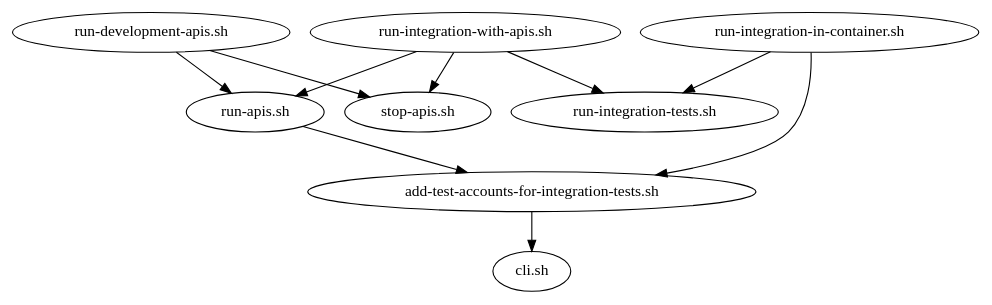
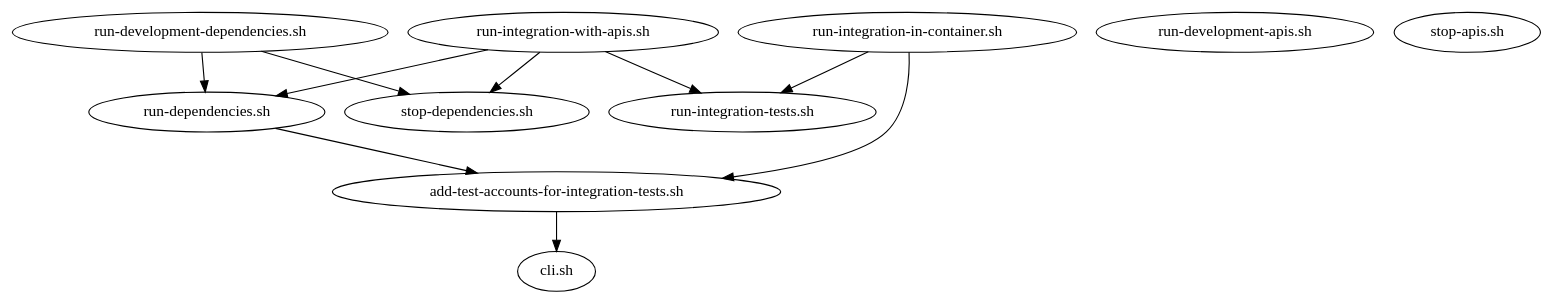
The diagram in webapps/app/scripts/dependencies.dot (vimc/montagu-system), drawn with Graphviz before and after one commit. The commit also changed 133 other files, not shown here.

```diff
--- a/webapps/app/scripts/dependencies.dot
+++ b/webapps/app/scripts/dependencies.dot
@@ -1,20 +1,20 @@
 digraph {
     "add-test-accounts-for-integration-tests.sh";
     "cli.sh";
-    "run-apis.sh";
+    "run-dependencies.sh";
     "run-development-apis.sh";
     "run-integration-tests.sh";
     "run-integration-in-container.sh";
     "run-integration-with-apis.sh";
     "stop-apis.sh";
 
     "add-test-accounts-for-integration-tests.sh" -> "cli.sh";
-    "run-apis.sh" -> "add-test-accounts-for-integration-tests.sh";
-    "run-development-apis.sh" -> "run-apis.sh";
-    "run-development-apis.sh" -> "stop-apis.sh";
+    "run-dependencies.sh" -> "add-test-accounts-for-integration-tests.sh";
+    "run-development-dependencies.sh" -> "run-dependencies.sh";
+    "run-development-dependencies.sh" -> "stop-dependencies.sh";
     "run-integration-in-container.sh" -> "add-test-accounts-for-integration-tests.sh";
     "run-integration-in-container.sh" -> "run-integration-tests.sh";
-    "run-integration-with-apis.sh" -> "run-apis.sh";
-    "run-integration-with-apis.sh" -> "stop-apis.sh";
+    "run-integration-with-apis.sh" -> "run-dependencies.sh";
+    "run-integration-with-apis.sh" -> "stop-dependencies.sh";
     "run-integration-with-apis.sh" -> "run-integration-tests.sh";
 }
```
